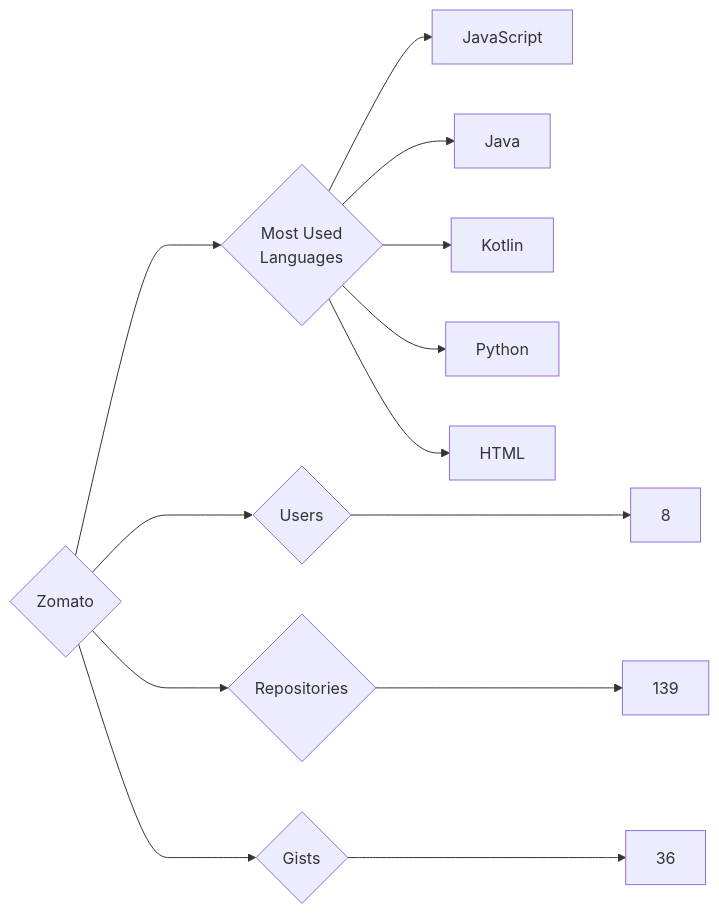
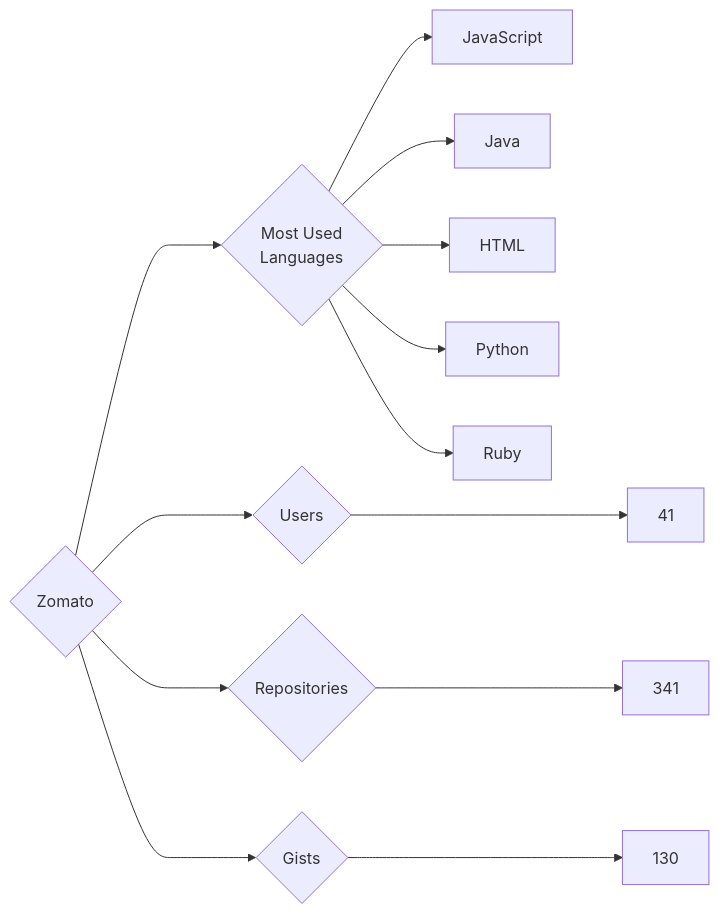
Before and after one commit to trickest/insiders: the diagram in targets/Zomato/README.md, drawn with Mermaid. The commit also changed 773 other files, not shown here.

````diff
--- a/targets/Zomato/README.md
+++ b/targets/Zomato/README.md
@@ -3,13 +3,13 @@
 ```mermaid
 graph LR
 COMPANY_NAME{Zomato}
-COMPANY_NAME ---> U{Users} ---> UN[8]
-COMPANY_NAME ---> R{Repositories} ---> RN[139]
-COMPANY_NAME ---> G{Gists} ---> GN[36]
+COMPANY_NAME ---> U{Users} ---> UN[41]
+COMPANY_NAME ---> R{Repositories} ---> RN[341]
+COMPANY_NAME ---> G{Gists} ---> GN[130]
 COMPANY_NAME ---> ML{Most Used<br>Languages}
 ML --> JavaScript[JavaScript]
 ML --> Java[Java]
-ML --> Kotlin[Kotlin]
+ML --> HTML[HTML]
 ML --> Python[Python]
-ML --> HTML[HTML]
+ML --> Ruby[Ruby]
 ```
````
